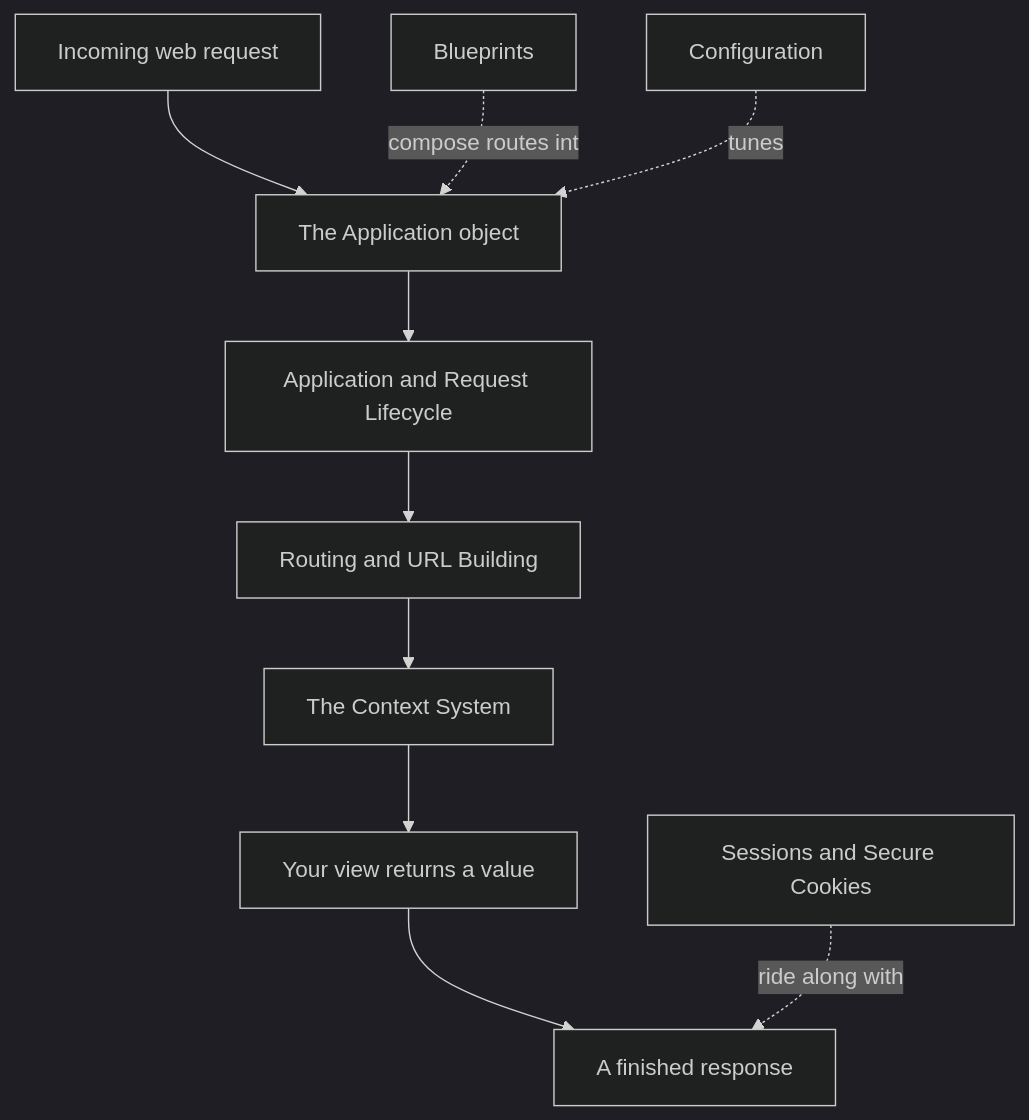
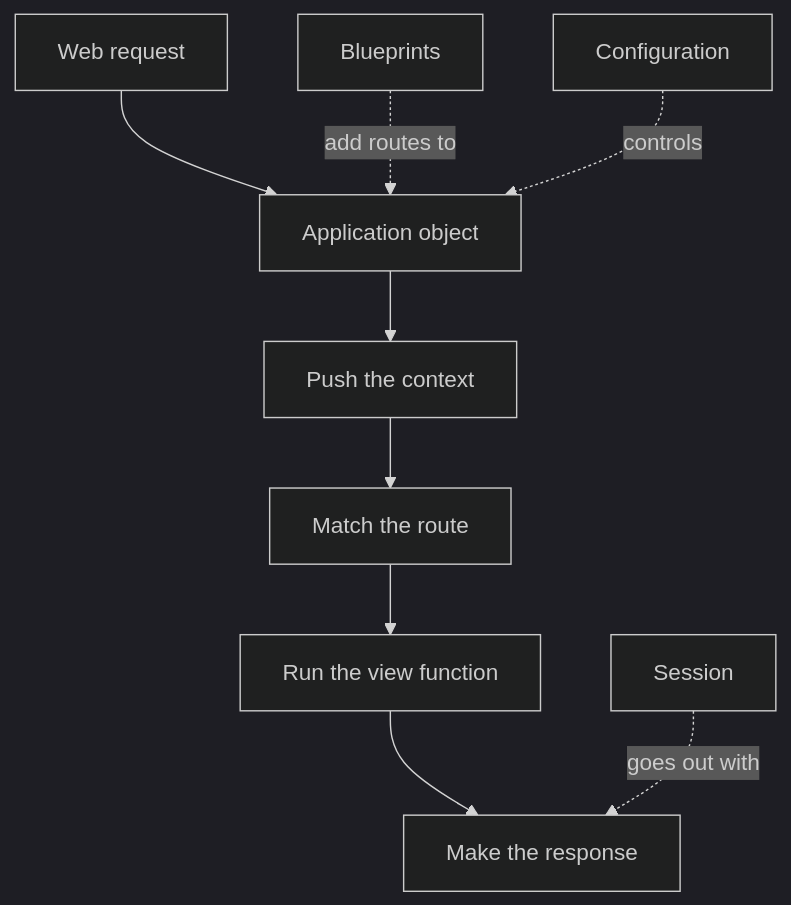
One commit to KeunwooPark/cluedoc changed the first of 3 diagrams in docs/examples/flask/.cluedoc/README.md. Above: the diagram before and after it, drawn with Mermaid (dark theme). The commit also changed other lines of this file and 22 other files, not shown here.

````diff
--- a/docs/examples/flask/.cluedoc/README.md
+++ b/docs/examples/flask/.cluedoc/README.md
@@ -11,13 +13,12 @@
 ```mermaid
 flowchart TD
-    W[Incoming web request] --> APP[The Application object]
-    APP --> LC[Application and Request Lifecycle]
-    LC --> RT[Routing and URL Building]
-    RT --> CTX[The Context System]
-    CTX --> VIEW[Your view returns a value]
-    VIEW --> RESP[A finished response]
+    W["Web request"] --> APP["Application object"]
+    APP --> PUSH["Push the context"]
+    PUSH --> MATCH["Match the route"]
+    MATCH --> VIEW["Run the view function"]
+    VIEW --> RESP["Make the response"]
 
-    BP[Blueprints] -.compose routes into.-> APP
-    CFG[Configuration] -.tunes.-> APP
-    SESS[Sessions and Secure Cookies] -.ride along with.-> RESP
+    BP["Blueprints"] -. "add routes to" .-> APP
+    CFG["Configuration"] -. "controls" .-> APP
+    SESS["Session"] -. "goes out with" .-> RESP
 ```
````
